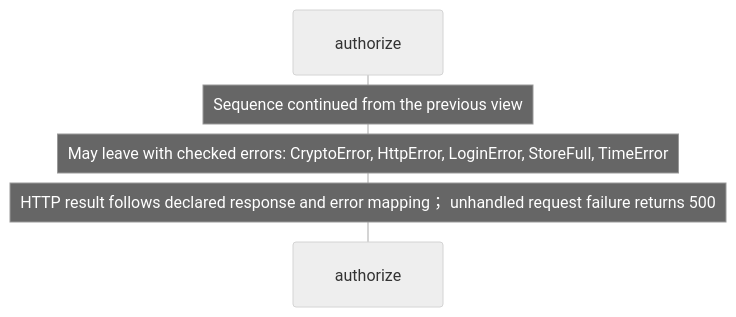
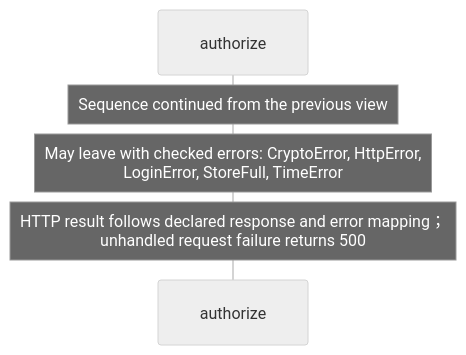
One commit to GreenPandaStudios/augscript changed the fifth of 9 diagrams in docs/examples/oidc-login/provider/authorization-diagrams.md. Above: the diagram before and after it, drawn with Mermaid (neutral theme). The commit also changed other lines of this file and 200 other files, not shown here.

Commit message:
Group imported operations and wrap readable sequence messages

````diff
--- a/docs/examples/oidc-login/provider/authorization-diagrams.md
+++ b/docs/examples/oidc-login/provider/authorization-diagrams.md
@@ -221,8 +212,8 @@
 ```mermaid
 sequenceDiagram
     participant p0 as authorize
 
     Note over p0: Sequence continued from the previous view
-    Note over p0: May leave with checked errors: CryptoError, HttpError, LoginError, StoreFull, TimeError
-    Note over p0: HTTP result follows declared response and error mapping； unhandled request failure returns 500
+    Note over p0: May leave with checked errors: CryptoError, HttpError,<br/>LoginError, StoreFull, TimeError
+    Note over p0: HTTP result follows declared response and error mapping；<br/>unhandled request failure returns 500
 ```
````
